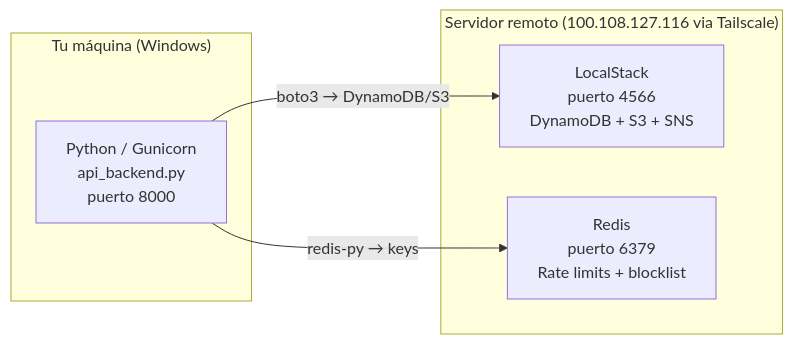
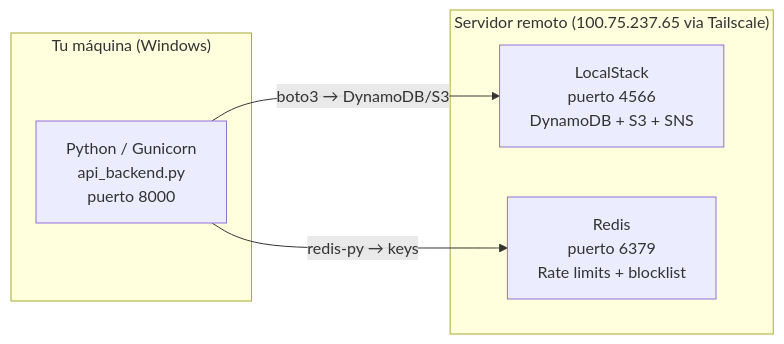
The diagram in athenai-dashboard/obsidian/Infraestructura.md (By-aleXx/tesis-athenai-v1), drawn with Mermaid before and after one commit. The commit also changed other lines of this file and 3568 other files, not shown here.

````diff
--- a/athenai-dashboard/obsidian/Infraestructura.md
+++ b/athenai-dashboard/obsidian/Infraestructura.md
@@ -12,12 +12,12 @@
 ```mermaid
 flowchart LR
     subgraph "Tu máquina (Windows)"
         A["Python / Gunicorn\napi_backend.py\npuerto 8000"]
     end
-    subgraph "Servidor remoto (100.108.127.116 via Tailscale)"
+    subgraph "Servidor remoto (100.75.237.65 via Tailscale)"
         B["LocalStack\npuerto 4566\nDynamoDB + S3 + SNS"]
         C["Redis\npuerto 6379\nRate limits + blocklist"]
     end
     A -- "boto3 → DynamoDB/S3" --> B
     A -- "redis-py → keys" --> C
 ```
````
